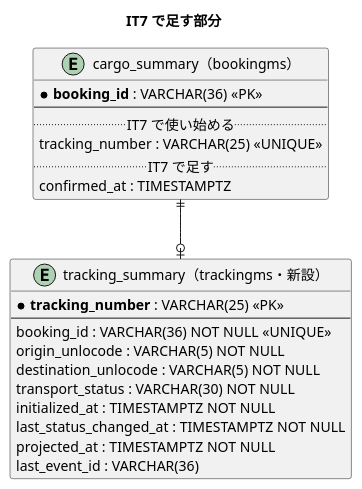
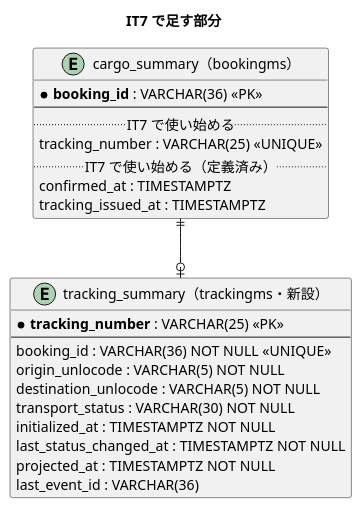
The third of 4 diagrams in docs/development/cargo-tracker/iteration_plan-7.md (k2works/case-study-cargo-tracker), drawn with PlantUML before and after one commit. The commit also changed other lines of this file and 1 other file, not shown here.

````diff
--- a/docs/development/cargo-tracker/iteration_plan-7.md
+++ b/docs/development/cargo-tracker/iteration_plan-7.md
@@ -268,29 +275,30 @@
 ```plantuml
 @startuml
 title IT7 で足す部分
 
 entity "cargo_summary（bookingms）" as cargo {
   * **booking_id** : VARCHAR(36) <<PK>>
   --
   ..IT7 で使い始める..
   tracking_number : VARCHAR(25) <<UNIQUE>>
-  ..IT7 で足す..
+  ..IT7 で使い始める（定義済み）..
   confirmed_at : TIMESTAMPTZ
+  tracking_issued_at : TIMESTAMPTZ
 }
 
 entity "tracking_summary（trackingms・新設）" as ts {
   * **tracking_number** : VARCHAR(25) <<PK>>
   --
   booking_id : VARCHAR(36) NOT NULL <<UNIQUE>>
   origin_unlocode : VARCHAR(5) NOT NULL
   destination_unlocode : VARCHAR(5) NOT NULL
   transport_status : VARCHAR(30) NOT NULL
   initialized_at : TIMESTAMPTZ NOT NULL
   last_status_changed_at : TIMESTAMPTZ NOT NULL
   projected_at : TIMESTAMPTZ NOT NULL
   last_event_id : VARCHAR(36)
 }
 
 cargo ||--o| ts
 @enduml
 ```
````
